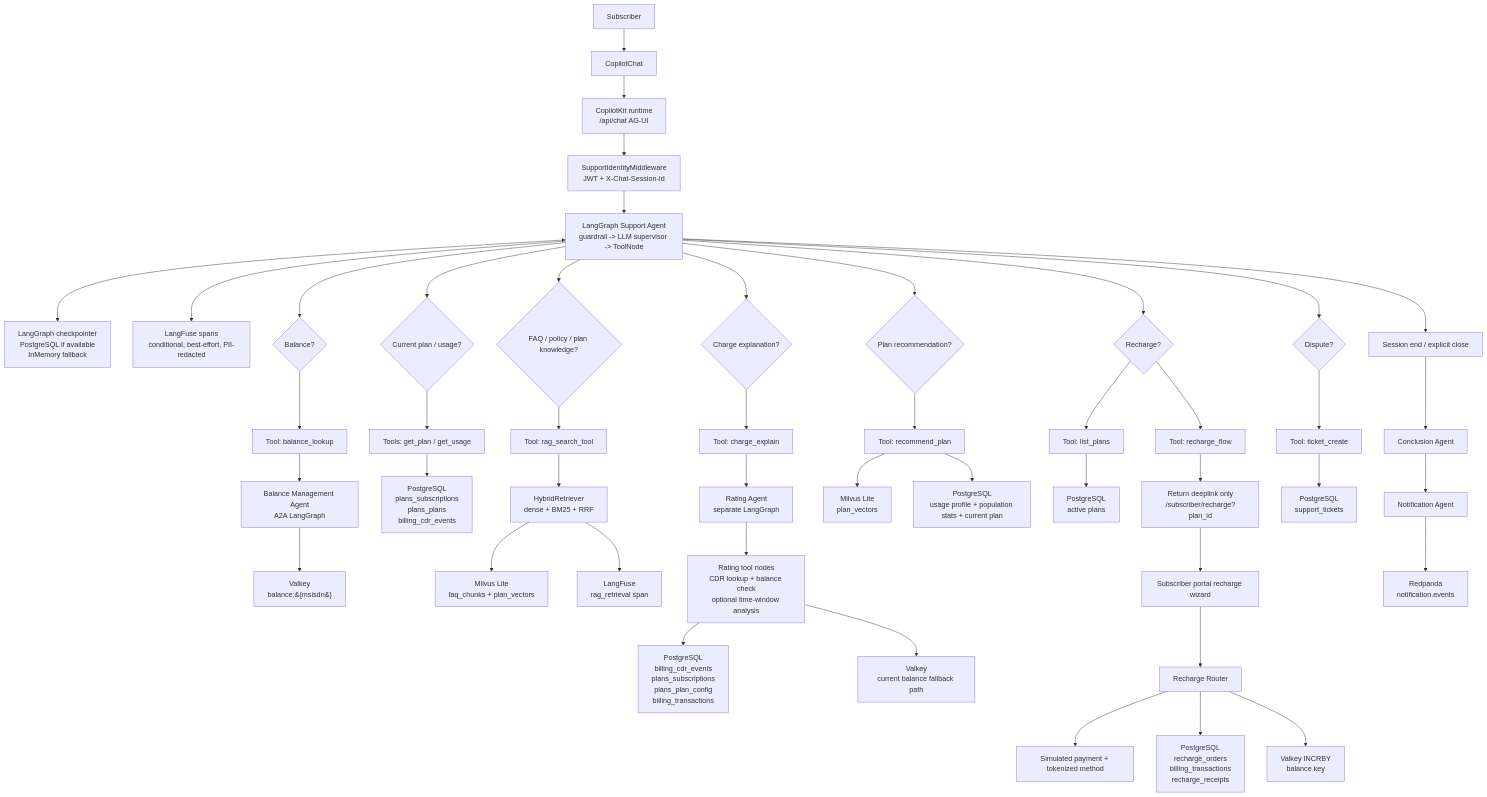
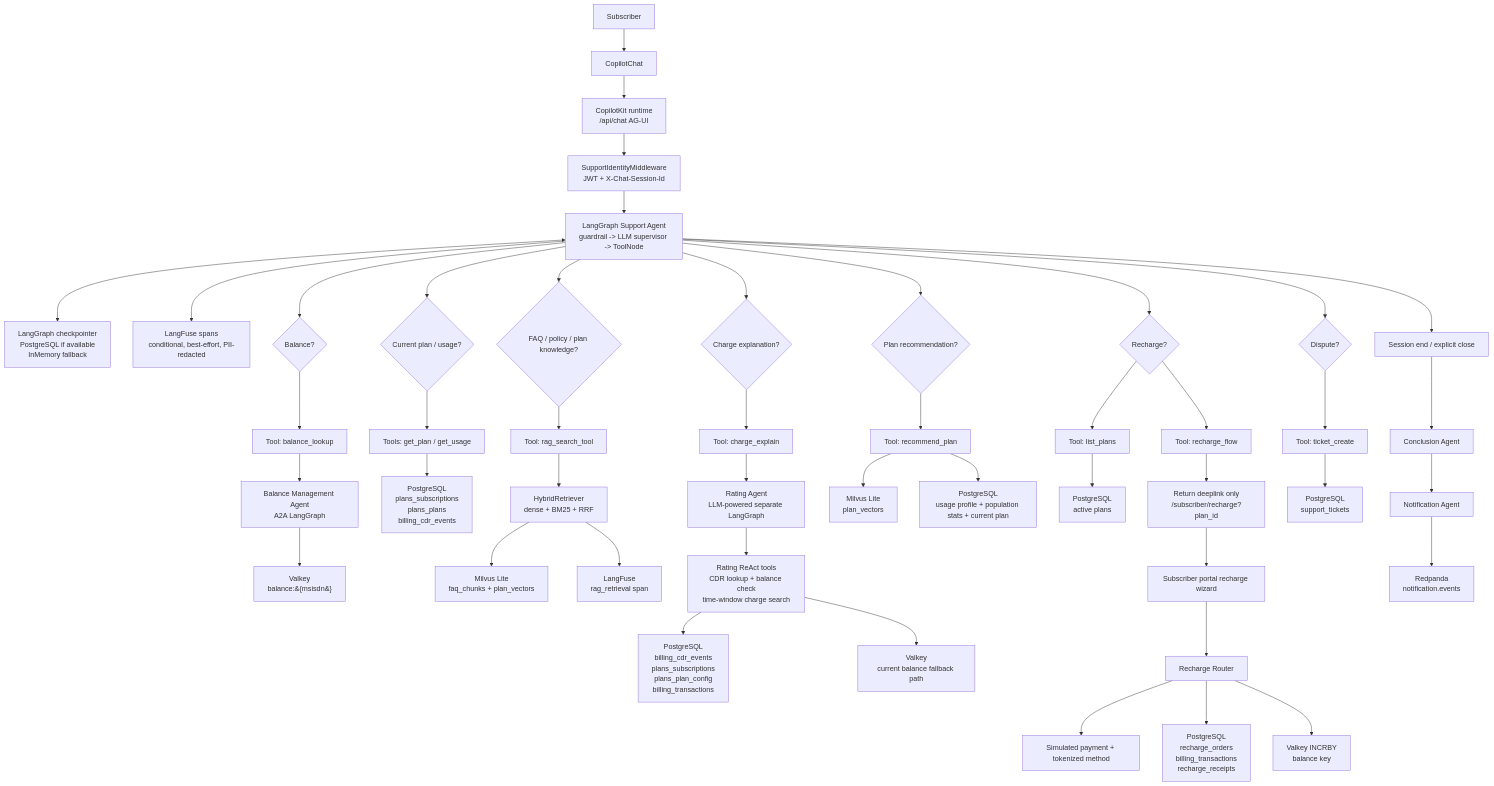
One commit to fossy-dude/prodapt-onboarding-capstone changed the third of 5 diagrams in docs/data_flow_mvp.md. Above: the diagram before and after it, drawn with Mermaid. The commit also changed 8 other files, not shown here.

````diff
--- a/docs/data_flow_mvp.md
+++ b/docs/data_flow_mvp.md
@@ -80,56 +80,56 @@
 ```mermaid
 flowchart TD
     User[Subscriber] --> Chat[CopilotChat]
     Chat --> Runtime[CopilotKit runtime<br/>/api/chat AG-UI]
     Runtime --> Identity[SupportIdentityMiddleware<br/>JWT + X-Chat-Session-Id]
     Identity --> Support[LangGraph Support Agent<br/>guardrail -> LLM supervisor -> ToolNode]
     Support <--> Checkpoint[LangGraph checkpointer<br/>PostgreSQL if available<br/>InMemory fallback]
     Support --> Trace[LangFuse spans<br/>conditional, best-effort, PII-redacted]
 
     Support --> Balance{Balance?}
     Balance --> BalanceTool[Tool: balance_lookup]
     BalanceTool --> BAgent[Balance Management Agent<br/>A2A LangGraph]
     BAgent --> ValkeyBal[Valkey<br/>balance:&#123;msisdn&#125;]
 
     Support --> PlanUsage{Current plan / usage?}
     PlanUsage --> PlanTools[Tools: get_plan / get_usage]
     PlanTools --> PgPlan[PostgreSQL<br/>plans_subscriptions<br/>plans_plans<br/>billing_cdr_events]
 
     Support --> FAQ{FAQ / policy / plan knowledge?}
     FAQ --> RagTool[Tool: rag_search_tool]
     RagTool --> Retriever[HybridRetriever<br/>dense + BM25 + RRF]
     Retriever --> MilvusFAQ[Milvus Lite<br/>faq_chunks + plan_vectors]
     Retriever --> RagTrace[LangFuse<br/>rag_retrieval span]
 
     Support --> Rating{Charge explanation?}
     Rating --> ChargeTool[Tool: charge_explain]
-    ChargeTool --> RAgent[Rating Agent<br/>separate LangGraph]
-    RAgent --> RatingNodes[Rating tool nodes<br/>CDR lookup + balance check<br/>optional time-window analysis]
+    ChargeTool --> RAgent[Rating Agent<br/>LLM-powered separate LangGraph]
+    RAgent --> RatingNodes[Rating ReAct tools<br/>CDR lookup + balance check<br/>time-window charge search]
     RatingNodes --> PgCDR[PostgreSQL<br/>billing_cdr_events<br/>plans_subscriptions<br/>plans_plan_config<br/>billing_transactions]
     RatingNodes --> ValkeyRating[Valkey<br/>current balance fallback path]
 
     Support --> Reco{Plan recommendation?}
     Reco --> RecoTool[Tool: recommend_plan]
     RecoTool --> MilvusPlans[Milvus Lite<br/>plan_vectors]
     RecoTool --> PgUsage[PostgreSQL<br/>usage profile + population stats + current plan]
 
     Support --> Recharge{Recharge?}
     Recharge --> ListPlans[Tool: list_plans]
     ListPlans --> PgCatalog[PostgreSQL<br/>active plans]
     Recharge --> RechargeFlow[Tool: recharge_flow]
     RechargeFlow --> Deeplink[Return deeplink only<br/>/subscriber/recharge?plan_id]
     Deeplink --> PortalRecharge[Subscriber portal recharge wizard]
     PortalRecharge --> RechargeAPI[Recharge Router]
     RechargeAPI --> Pay[Simulated payment + tokenized method]
     RechargeAPI --> PgRecharge[PostgreSQL<br/>recharge_orders<br/>billing_transactions<br/>recharge_receipts]
     RechargeAPI --> ValkeyTopup[Valkey INCRBY<br/>balance key]
 
     Support --> Dispute{Dispute?}
     Dispute --> TicketTool[Tool: ticket_create]
     TicketTool --> PgSupport[PostgreSQL<br/>support_tickets]
 
     Support --> End[Session end / explicit close]
     End --> Conclusion[Conclusion Agent]
     Conclusion --> Notify[Notification Agent]
     Notify --> Topic[Redpanda<br/>notification.events]
 ```
````
